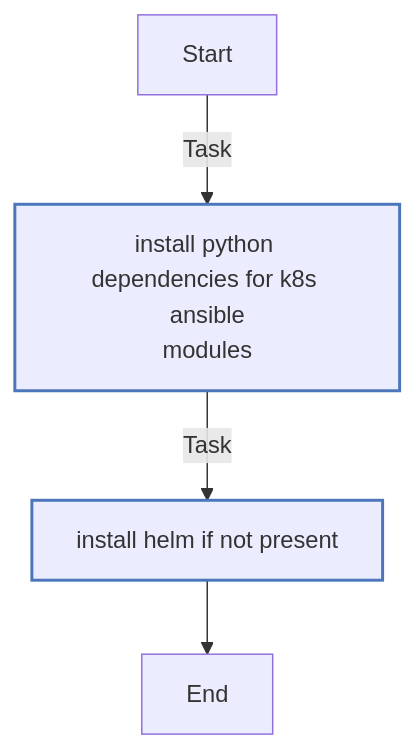
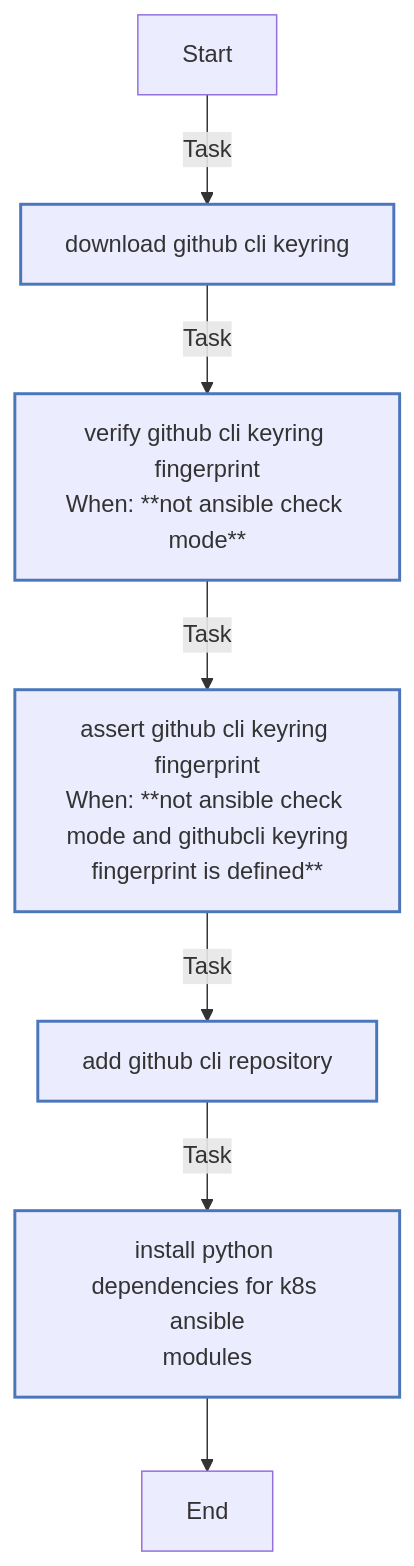
One commit to rou-cru/k3s-homelab changed the second of 9 diagrams in roles/common/README.md. Above: the diagram before and after it, drawn with Mermaid. The commit also changed other lines of this file and 8 other files, not shown here.

````diff
--- a/roles/common/README.md
+++ b/roles/common/README.md
@@ -358,16 +441,19 @@
 ```mermaid
 flowchart TD
 Start
 classDef block stroke:#3498db,stroke-width:2px;
 classDef task stroke:#4b76bb,stroke-width:2px;
 classDef includeTasks stroke:#16a085,stroke-width:2px;
 classDef importTasks stroke:#34495e,stroke-width:2px;
 classDef includeRole stroke:#2980b9,stroke-width:2px;
 classDef importRole stroke:#699ba7,stroke-width:2px;
 classDef includeVars stroke:#8e44ad,stroke-width:2px;
 classDef rescue stroke:#665352,stroke-width:2px;
 
-  Start-->|Task| Install_Python_dependencies_for_K8s_Ansible_modules0[install python dependencies for k8s ansible<br>modules]:::task
-  Install_Python_dependencies_for_K8s_Ansible_modules0-->|Task| Install_Helm__if_not_present_1[install helm  if not present ]:::task
-  Install_Helm__if_not_present_1-->End
+  Start-->|Task| Download_GitHub_CLI_keyring0[download github cli keyring]:::task
+  Download_GitHub_CLI_keyring0-->|Task| Verify_GitHub_CLI_keyring_fingerprint1[verify github cli keyring fingerprint<br>When: **not ansible check mode**]:::task
+  Verify_GitHub_CLI_keyring_fingerprint1-->|Task| Assert_GitHub_CLI_keyring_fingerprint2[assert github cli keyring fingerprint<br>When: **not ansible check mode and githubcli keyring<br>fingerprint is defined**]:::task
+  Assert_GitHub_CLI_keyring_fingerprint2-->|Task| Add_GitHub_CLI_repository3[add github cli repository]:::task
+  Add_GitHub_CLI_repository3-->|Task| Install_Python_dependencies_for_K8s_Ansible_modules4[install python dependencies for k8s ansible<br>modules]:::task
+  Install_Python_dependencies_for_K8s_Ansible_modules4-->End
 ```
````
